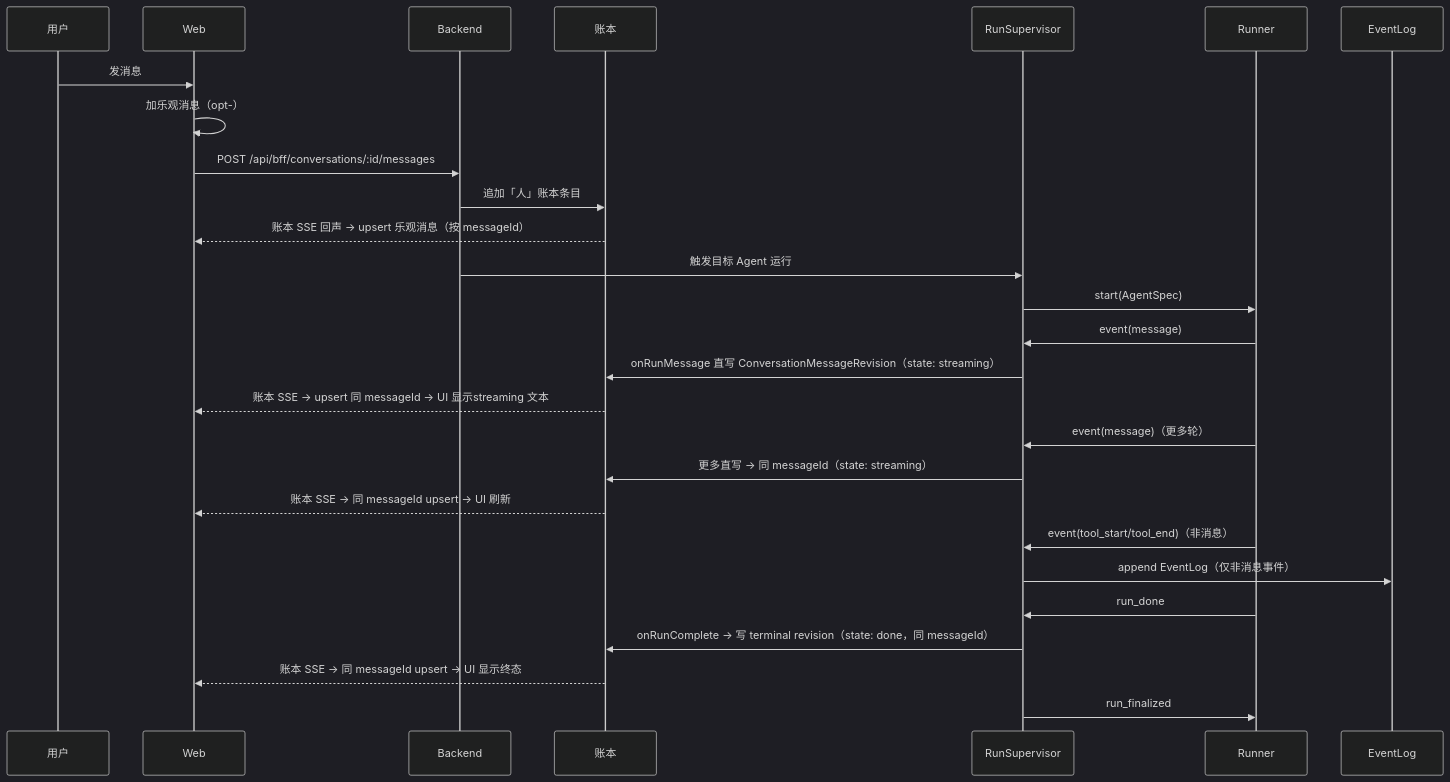
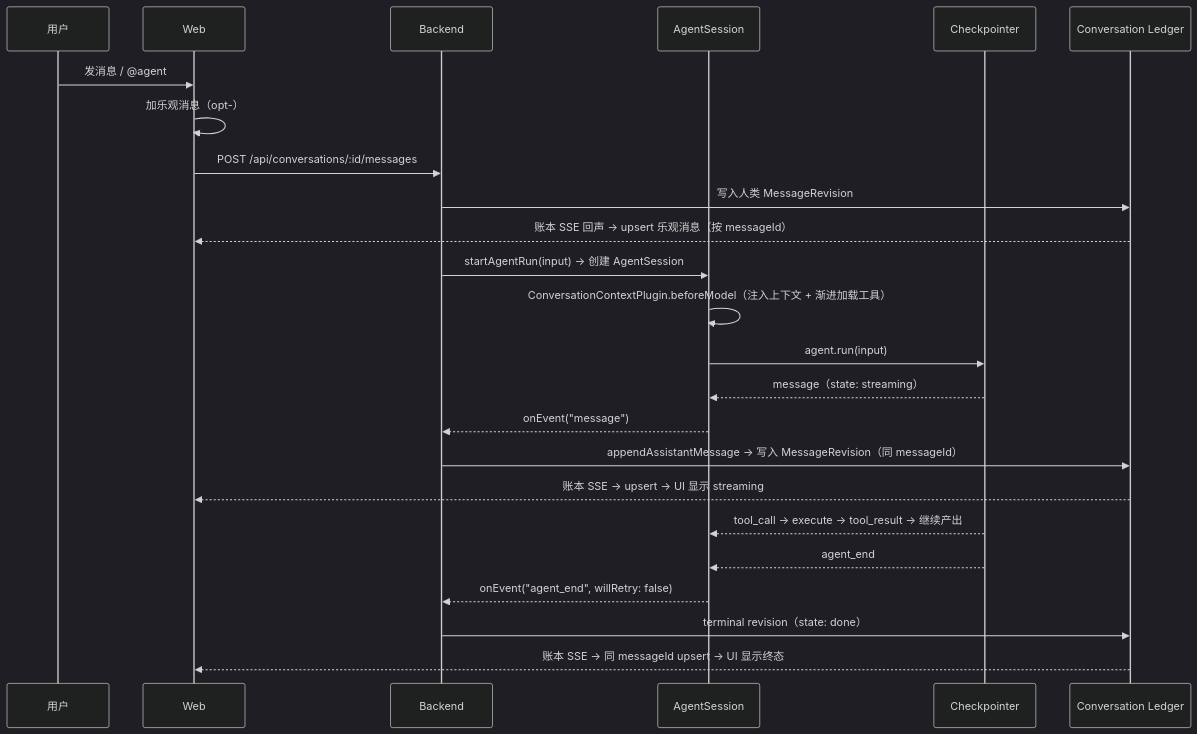
The diagram in docs/architecture/flows/e2e-web-message.md (Chengchcc/my-agent-team), drawn with Mermaid (dark theme) before and after one commit. The commit also changed other lines of this file and 41 other files, not shown here.

````diff
--- a/docs/architecture/flows/e2e-web-message.md
+++ b/docs/architecture/flows/e2e-web-message.md
@@ -21,30 +20,27 @@
 ```mermaid
 sequenceDiagram
   participant U as 用户
   participant W as Web
   participant B as Backend
-  participant L as 账本
-  participant S as RunSupervisor
-  participant D as Runner
-  participant E as EventLog
+  participant AS as AgentSession
+  participant CK as Checkpointer
+  participant L as Conversation Ledger
 
-  U->>W: 发消息
+  U->>W: 发消息 / @agent
   W->>W: 加乐观消息（opt-）
-  W->>B: POST /api/bff/conversations/:id/messages
-  B->>L: 追加「人」账本条目
+  W->>B: POST /api/conversations/:id/messages
+  B->>L: 写入人类 MessageRevision
   L-->>W: 账本 SSE 回声 → upsert 乐观消息（按 messageId）
-  B->>S: 触发目标 Agent 运行
-  S->>D: start(AgentSpec)
-  D->>S: event(message)
-  S->>L: onRunMessage 直写 ConversationMessageRevision（state: streaming）
-  L-->>W: 账本 SSE → upsert 同 messageId → UI 显示streaming 文本
-  D->>S: event(message)（更多轮）
-  S->>L: 更多直写 → 同 messageId（state: streaming）
-  L-->>W: 账本 SSE → 同 messageId upsert → UI 刷新
-  D->>S: event(tool_start/tool_end)（非消息）
-  S->>E: append EventLog（仅非消息事件）
-  D->>S: run_done
-  S->>L: onRunComplete → 写 terminal revision（state: done，同 messageId）
+  B->>AS: startAgentRun(input) → 创建 AgentSession
+  AS->>AS: ConversationContextPlugin.beforeModel（注入上下文 + 渐进加载工具）
+  AS->>CK: agent.run(input)
+  CK-->>AS: message（state: streaming）
+  AS-->>B: onEvent("message")
+  B->>L: appendAssistantMessage → 写入 MessageRevision（同 messageId）
+  L-->>W: 账本 SSE → upsert → UI 显示 streaming
+  CK-->>AS: tool_call → execute → tool_result → 继续产出
+  CK-->>AS: agent_end
+  AS-->>B: onEvent("agent_end", willRetry: false)
+  B->>L: terminal revision（state: done）
   L-->>W: 账本 SSE → 同 messageId upsert → UI 显示终态
-  S->>D: run_finalized
 ```
````
